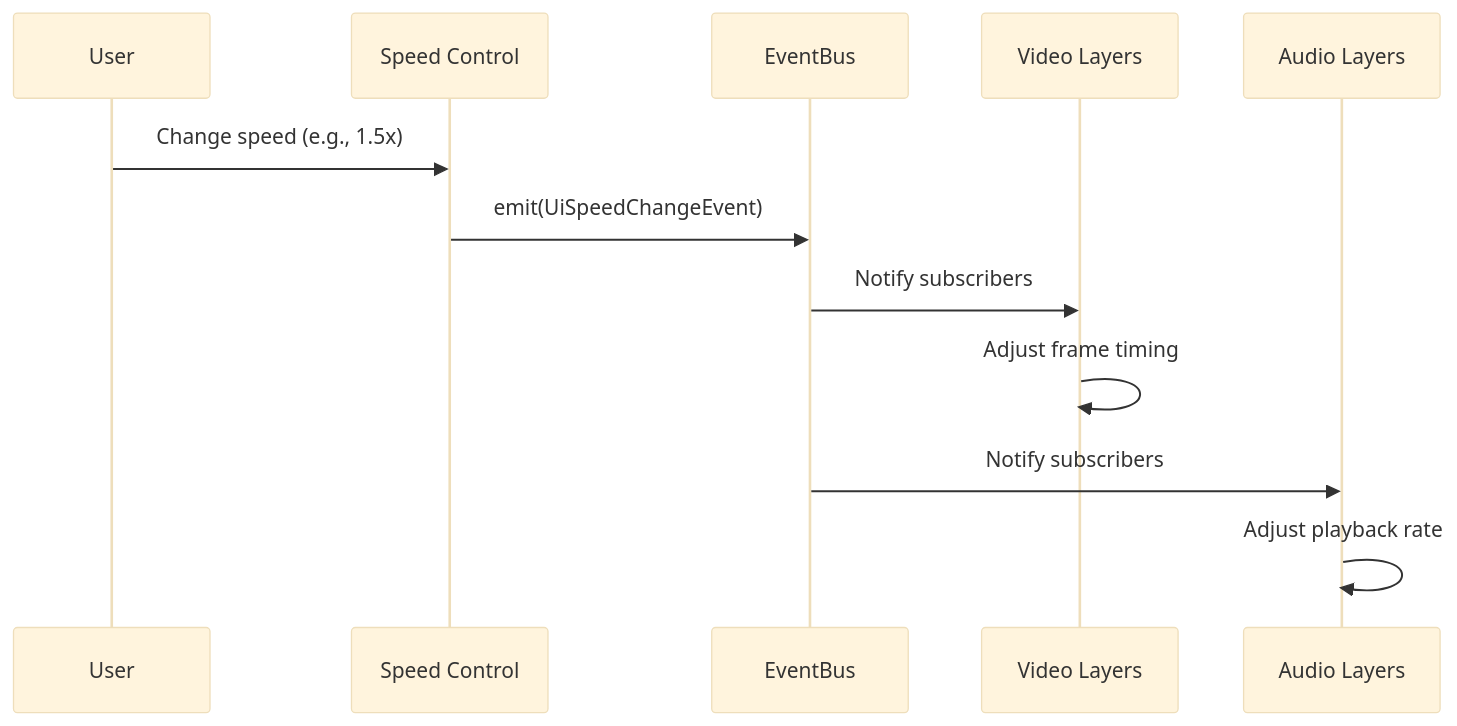
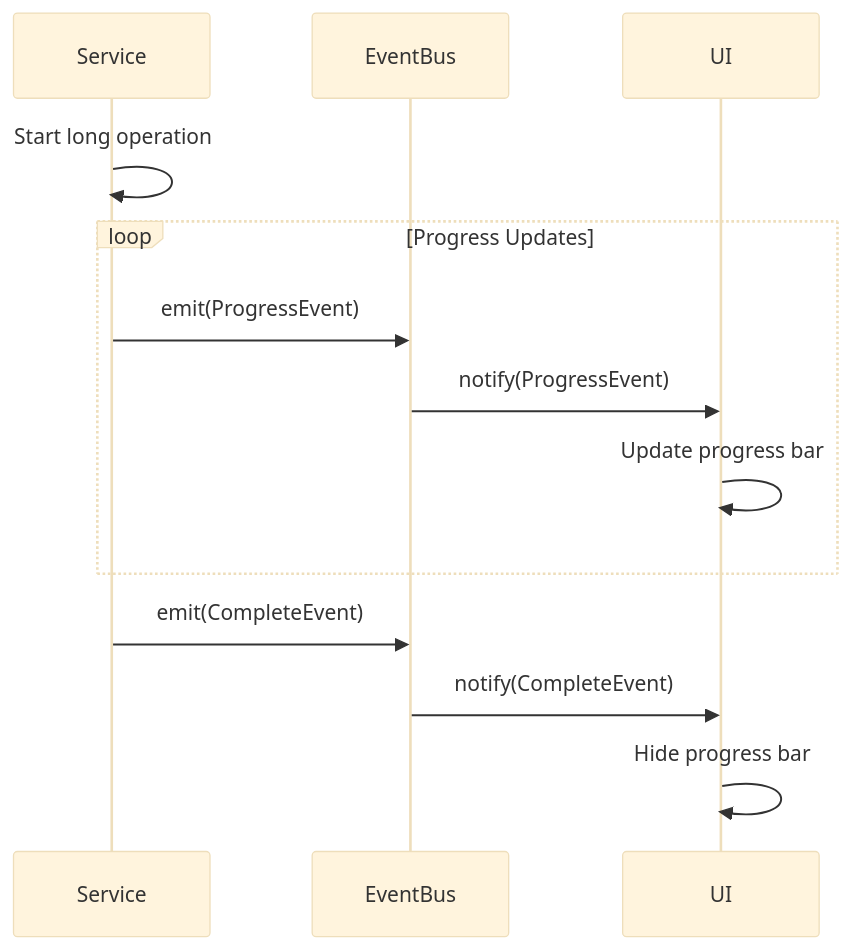
One commit to apssouza22/web-video-edit changed the second of 3 diagrams in docs/architecture/03-event-system.md. Above: the diagram before and after it, drawn with Mermaid (base theme). The commit also changed other lines of this file and 10 other files, not shown here.

Commit message:
Update architecture diagrams

````diff
--- a/docs/architecture/03-event-system.md
+++ b/docs/architecture/03-event-system.md
@@ -365,15 +269,18 @@
 ```mermaid
 sequenceDiagram
-    participant User
-    participant UI as Speed Control
+    participant Service
     participant EventBus
-    participant Video as Video Layers
-    participant Audio as Audio Layers
+    participant UI
 
-    User->>UI: Change speed (e.g., 1.5x)
-    UI->>EventBus: emit(UiSpeedChangeEvent)
-    EventBus->>Video: Notify subscribers
-    Video->>Video: Adjust frame timing
-    EventBus->>Audio: Notify subscribers
-    Audio->>Audio: Adjust playback rate
+    Service->>Service: Start long operation
+    
+    loop Progress Updates
+        Service->>EventBus: emit(ProgressEvent)
+        EventBus->>UI: notify(ProgressEvent)
+        UI->>UI: Update progress bar
+    end
+    
+    Service->>EventBus: emit(CompleteEvent)
+    EventBus->>UI: notify(CompleteEvent)
+    UI->>UI: Hide progress bar
 ```
````
